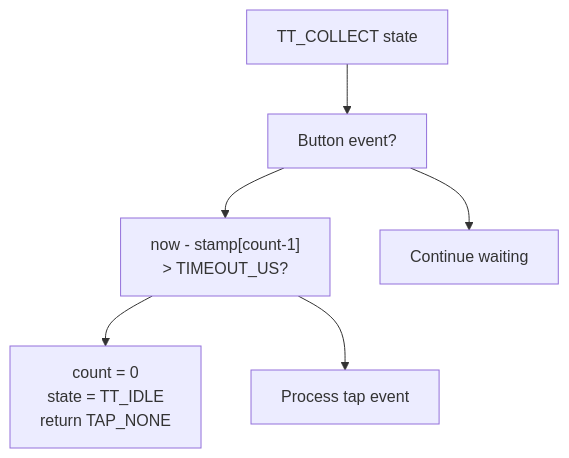
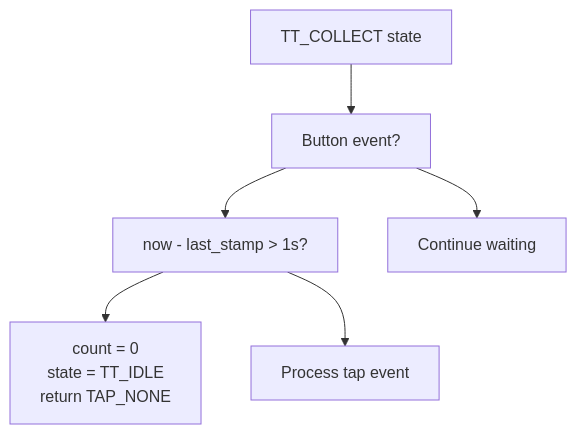
One commit to Jus-Be/orinayo-pico changed the third of 3 diagrams in wiki/5.6-tap-tempo.md. Above: the diagram before and after it, drawn with Mermaid. The commit also changed other lines of this file and 42 other files, not shown here.

````diff
--- a/wiki/5.6-tap-tempo.md
+++ b/wiki/5.6-tap-tempo.md
@@ -219,16 +209,16 @@
 ```mermaid
 flowchart TD
 
 CollectState["TT_COLLECT state"]
 CheckEvent["Button event?"]
-CheckTimeout["now - stamp[count-1]<br>> TIMEOUT_US?"]
+CheckTimeout["now - last_stamp > 1s?"]
 Reset["count = 0<br>state = TT_IDLE<br>return TAP_NONE"]
+Wait["Continue waiting"]
 ProcessEvent["Process tap event"]
-Wait["Continue waiting"]
 
 CollectState --> CheckEvent
 CheckEvent --> CheckTimeout
 CheckTimeout --> Reset
+CheckEvent --> Wait
 CheckTimeout --> ProcessEvent
-CheckEvent --> Wait
 ```
````
